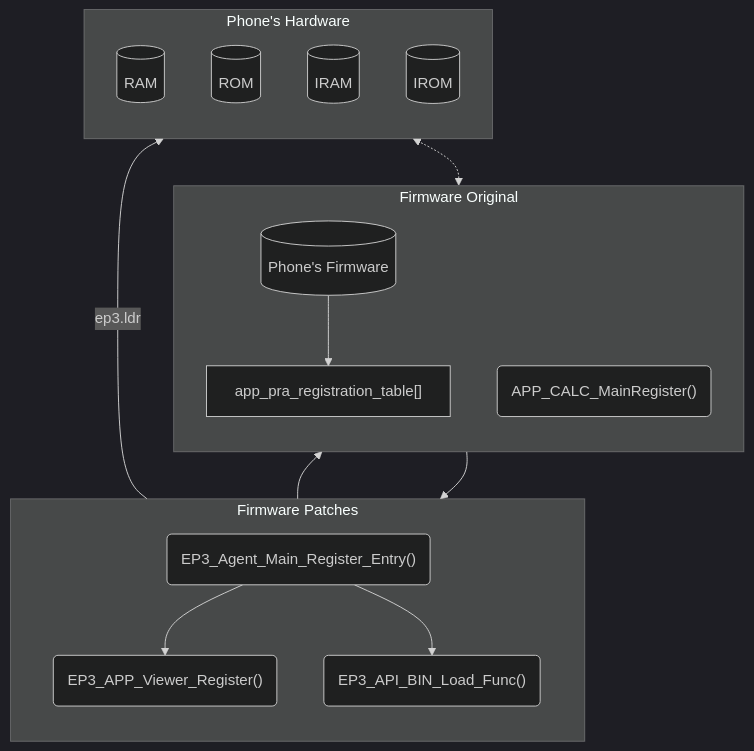
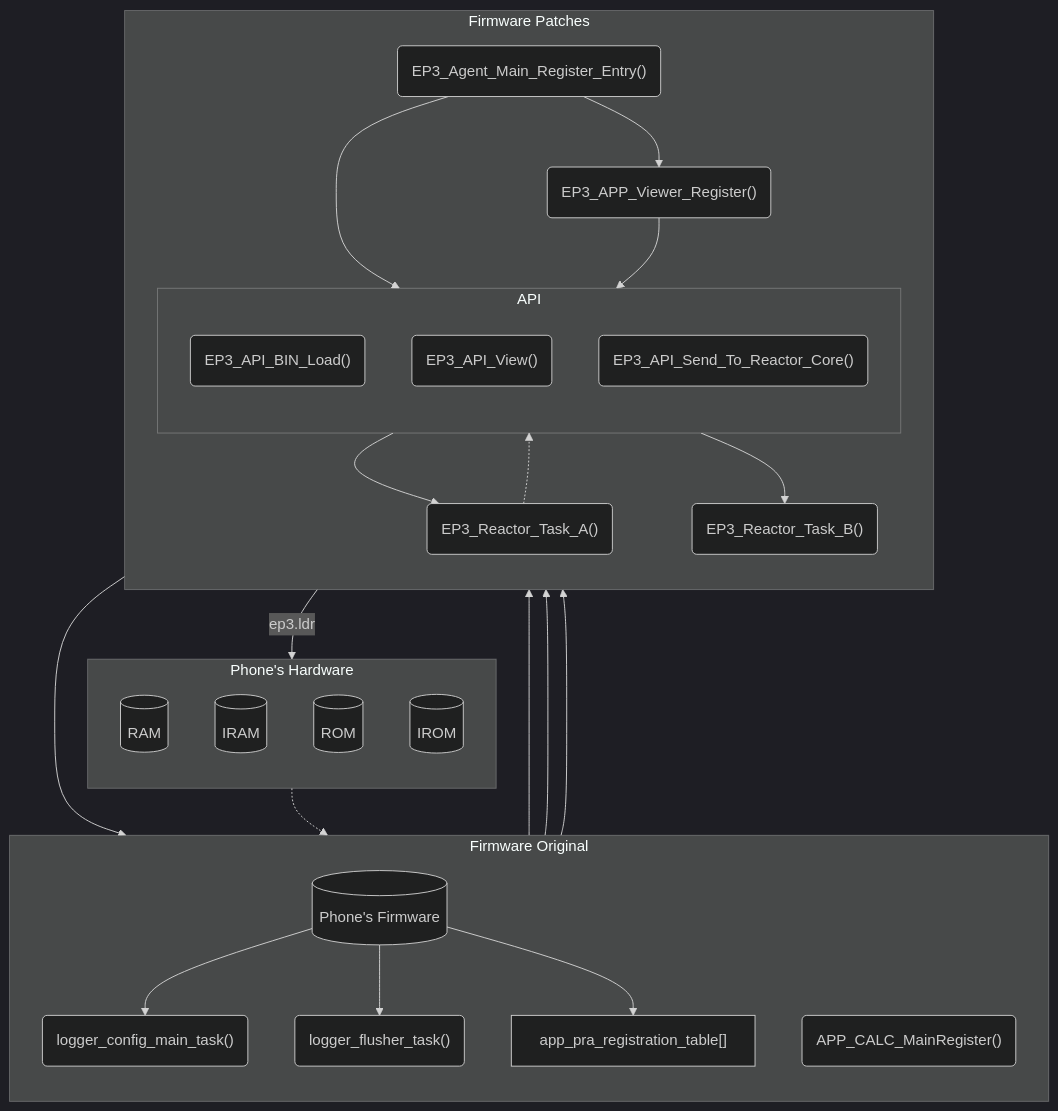
Before and after one commit to MotoFanRu/ElfPack3: the first of 4 diagrams in doc/Architecture.md, drawn with Mermaid (dark theme). The commit also changed 26 other files, not shown here.

````diff
--- a/doc/Architecture.md
+++ b/doc/Architecture.md
@@ -3,29 +3,46 @@
 ```mermaid
-flowchart BT
+flowchart TB
     subgraph Phone_Hardware [Phone's Hardware]
         direction TB
         RAM[(RAM)]
+        IRAM[(IRAM)]
         ROM[(ROM)]
-        IRAM[(IRAM)]
         IROM[(IROM)]
     end
     subgraph Original_Firmware [Firmware Original]
         direction TB
         Phones_Firmware[(Phone's Firmware)]
-        Registration_Table["app_pra_registration_table[]"]
-        Calculator_Register("APP_CALC_MainRegister()")
+        logger_config_main_task("logger_config_main_task()")
+        logger_flusher_task("logger_flusher_task()")
+        app_pra_registration_table["app_pra_registration_table[]"]
+        APP_CALC_MainRegister("APP_CALC_MainRegister()")
     end
     subgraph Firmware_Patches [Firmware Patches]
         direction TB
-        EP3_Register("EP3_Agent_Main_Register_Entry()")
-        APP_Viewer_Register("EP3_APP_Viewer_Register()")
-        Bin_Loader("EP3_API_BIN_Load_Func()")
+        EP3_Reactor_Task_A("EP3_Reactor_Task_A()")
+        EP3_Reactor_Task_B("EP3_Reactor_Task_B()")
+        EP3_Agent_Main_Register_Entry("EP3_Agent_Main_Register_Entry()")
+        EP3_APP_Viewer_Register("EP3_APP_Viewer_Register()")
+        subgraph API [API]
+            direction TB
+            EP3_API_BIN_Load("EP3_API_BIN_Load()")
+            EP3_API_View("EP3_API_View()")
+            EP3_API_Send_To_Reactor_Core("EP3_API_Send_To_Reactor_Core()")
+        end
     end
-    Phones_Firmware --> Registration_Table
-    Phones_Firmware <-.-> ROM
-    Registration_Table --> EP3_Register
-    EP3_Register --> Calculator_Register
-    EP3_Register --> APP_Viewer_Register
-    EP3_Register --> Bin_Loader
-    Bin_Loader -- ep3.ldr --> RAM
+    ROM .-> Phones_Firmware
+    Phones_Firmware --> logger_config_main_task
+    Phones_Firmware --> logger_flusher_task
+    Phones_Firmware --> app_pra_registration_table
+    logger_config_main_task --> EP3_Reactor_Task_A
+    logger_flusher_task --> EP3_Reactor_Task_B
+    app_pra_registration_table --> EP3_Agent_Main_Register_Entry
+    EP3_Agent_Main_Register_Entry --> APP_CALC_MainRegister
+    EP3_Agent_Main_Register_Entry --> EP3_APP_Viewer_Register
+    EP3_Agent_Main_Register_Entry --> EP3_API_BIN_Load
+    EP3_APP_Viewer_Register --> EP3_API_View
+    EP3_API_BIN_Load -- ep3.ldr --> RAM
+    EP3_Reactor_Task_A .-> EP3_API_Send_To_Reactor_Core
+    EP3_API_Send_To_Reactor_Core --> EP3_Reactor_Task_A
+    EP3_API_Send_To_Reactor_Core --> EP3_Reactor_Task_B
 ```
````
